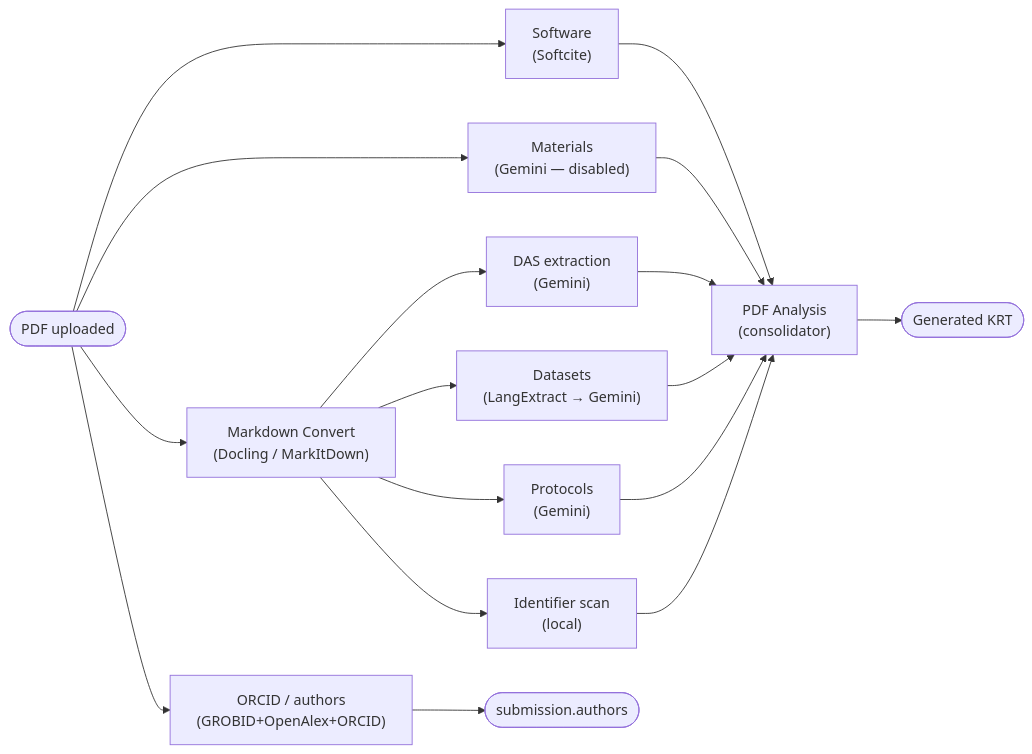
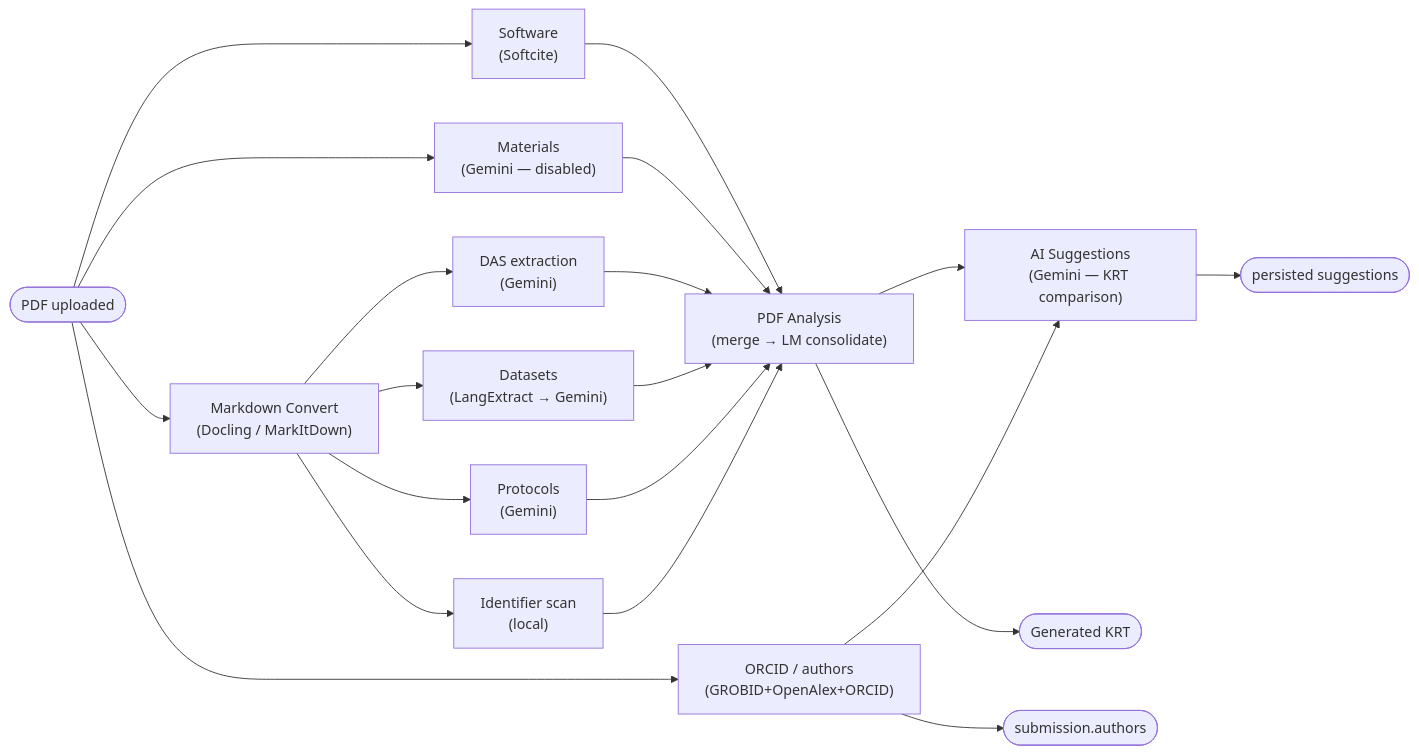
One commit to DataSeer/asap-kr-sync changed the third of 4 diagrams in docs/master-setup-guide.md. Above: the diagram before and after it, drawn with Mermaid. The commit also changed other lines of this file and 14 other files, not shown here.

First line of the commit message:
docs: update for LM PDF Analysis + AI Suggestions module; drop ORCID dep

````diff
--- a/docs/master-setup-guide.md
+++ b/docs/master-setup-guide.md
@@ -198,19 +201,22 @@
 ```mermaid
 flowchart LR
     UP(["PDF uploaded"]) --> SW["Software<br/>(Softcite)"]
     UP --> OR["ORCID / authors<br/>(GROBID+OpenAlex+ORCID)"]
     UP --> MAT["Materials<br/>(Gemini — disabled)"]
     UP --> MDC["Markdown Convert<br/>(Docling / MarkItDown)"]
     MDC --> DAS["DAS extraction<br/>(Gemini)"]
     MDC --> DS["Datasets<br/>(LangExtract → Gemini)"]
     MDC --> PR["Protocols<br/>(Gemini)"]
     MDC --> ID["Identifier scan<br/>(local)"]
-    SW --> PA["PDF Analysis<br/>(consolidator)"]
+    SW --> PA["PDF Analysis<br/>(merge → LM consolidate)"]
     MAT --> PA
     DAS --> PA
     DS --> PA
     PR --> PA
     ID --> PA
+    PA --> SG["AI Suggestions<br/>(Gemini — KRT comparison)"]
+    OR --> SG
+    SG --> SUG(["persisted suggestions"])
     PA --> GK(["Generated KRT"])
     OR --> AU(["submission.authors"])
 ```
````
